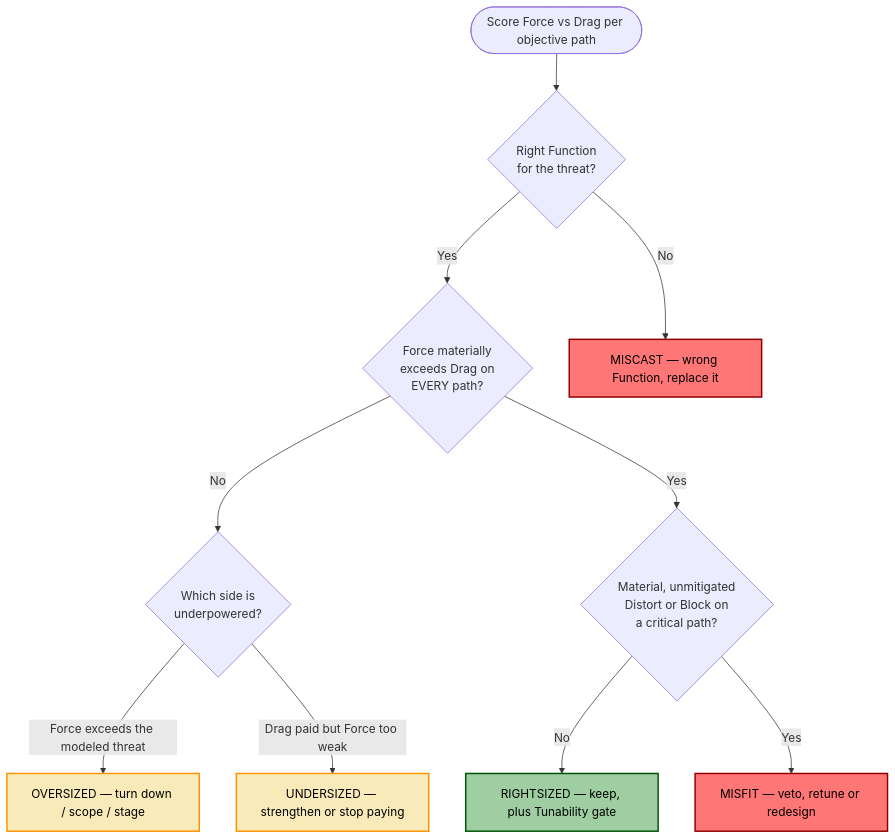
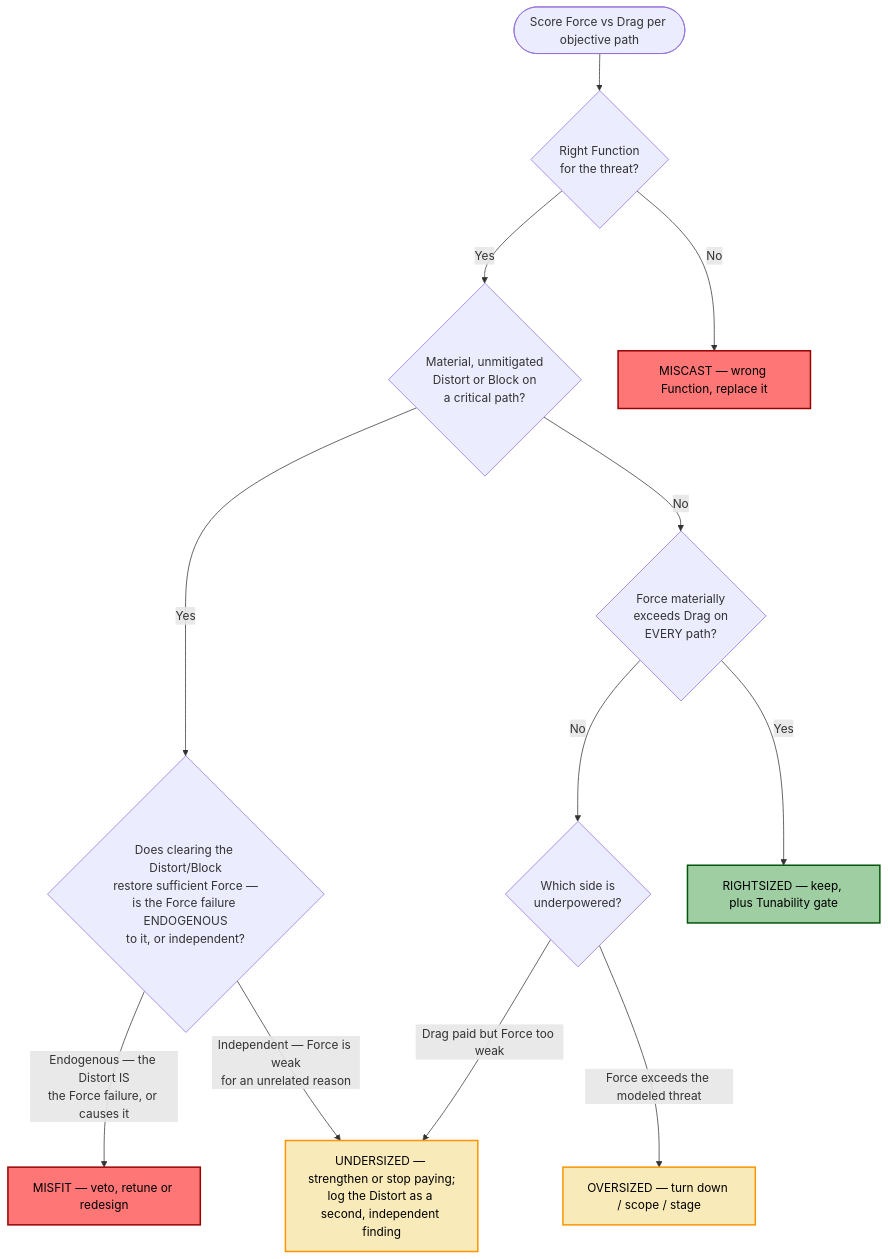
The first of 2 diagrams in docs/04-rightsizing.md (grcengineering/threat-informed-control-modeling), drawn with Mermaid before and after one commit. The commit also changed other lines of this file and 21 other files, not shown here.

````diff
--- a/docs/04-rightsizing.md
+++ b/docs/04-rightsizing.md
@@ -74,27 +86,30 @@
 ```mermaid
 flowchart TD
     start([Score Force vs Drag per objective path])
     q1{Right Function<br/>for the threat?}
+    q4{Material, unmitigated<br/>Distort or Block on<br/>a critical path?}
+    q5{Does clearing the Distort/Block<br/>restore sufficient Force —<br/>is the Force failure ENDOGENOUS<br/>to it, or independent?}
     q2{Force materially<br/>exceeds Drag on<br/>EVERY path?}
     q3{Which side is<br/>underpowered?}
-    q4{Material, unmitigated<br/>Distort or Block on<br/>a critical path?}
     miscast[MISCAST — wrong Function, replace it]
     misfit[MISFIT — veto, retune or redesign]
     right[RIGHTSIZED — keep, plus Tunability gate]
     over[OVERSIZED — turn down / scope / stage]
-    under[UNDERSIZED — strengthen or stop paying]
+    under[UNDERSIZED — strengthen or stop paying;<br/>log the Distort as a second, independent finding]
     start --> q1
     q1 -->|No| miscast
-    q1 -->|Yes| q2
+    q1 -->|Yes| q4
+    q4 -->|Yes| q5
+    q5 -->|Endogenous — the Distort IS<br/>the Force failure, or causes it| misfit
+    q5 -->|Independent — Force is weak<br/>for an unrelated reason| under
+    q4 -->|No| q2
+    q2 -->|Yes| right
     q2 -->|No| q3
     q3 -->|Force exceeds the modeled threat| over
     q3 -->|Drag paid but Force too weak| under
-    q2 -->|Yes| q4
-    q4 -->|No| right
-    q4 -->|Yes| misfit
     style miscast fill:#ff7676,stroke:#940000,stroke-width:2px,color:#000000
     style misfit fill:#ff7676,stroke:#940000,stroke-width:2px,color:#000000
     style over fill:#f9ebb9,stroke:#fb9400,stroke-width:2px,color:#000000
     style under fill:#f9ebb9,stroke:#fb9400,stroke-width:2px,color:#000000
     style right fill:#9ecea2,stroke:#015407,stroke-width:2px,color:#000000
 ```
````
